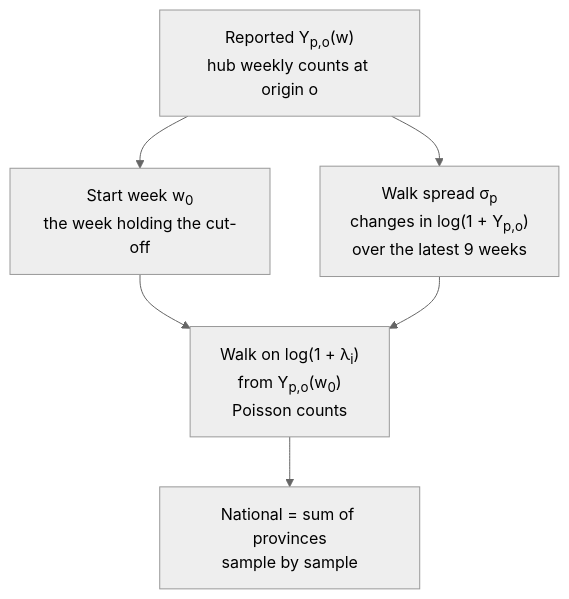
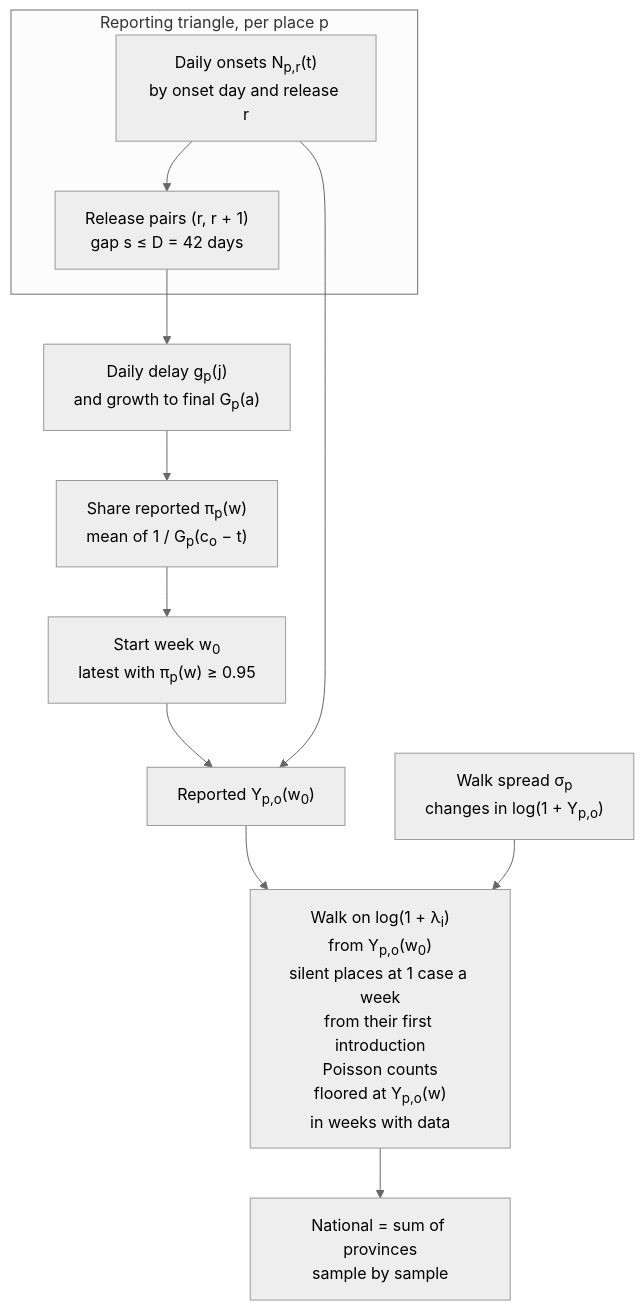
The second of 2 diagrams in docs/methods/baselines.md (seabbs/BDBVHubRenewal), drawn with Mermaid (neutral theme) before and after one commit. The commit also changed other lines of this file and 16 other files, not shown here.

````diff
--- a/docs/methods/baselines.md
+++ b/docs/methods/baselines.md
@@ -48,14 +48,24 @@
 ```mermaid
 flowchart TD
-    Y["Reported Y<sub>p,o</sub>(w)<br/>hub weekly counts at origin o"]
-    W0["Start week w<sub>0</sub><br/>the week holding the cut-off"]
-    SIG["Walk spread σ<sub>p</sub><br/>changes in log(1 + Y<sub>p,o</sub>)<br/>over the latest 9 weeks"]
-    W["Walk on log(1 + λ<sub>i</sub>)<br/>from Y<sub>p,o</sub>(w<sub>0</sub>)<br/>Poisson counts"]
+    subgraph TRI["Reporting triangle, per place p"]
+        SNAP["Daily onsets N<sub>p,r</sub>(t)<br/>by onset day and release r"]
+        PAIR["Release pairs (r, r + 1)<br/>gap s ≤ D = 42 days"]
+    end
+    DEL["Daily delay g<sub>p</sub>(j)<br/>and growth to final G<sub>p</sub>(a)"]
+    PI["Share reported π<sub>p</sub>(w)<br/>mean of 1 / G<sub>p</sub>(c<sub>o</sub> − t)"]
+    W0["Start week w<sub>0</sub><br/>latest with π<sub>p</sub>(w) ≥ 0.95"]
+    Y["Reported Y<sub>p,o</sub>(w<sub>0</sub>)"]
+    SIG["Walk spread σ<sub>p</sub><br/>changes in log(1 + Y<sub>p,o</sub>)"]
+    W["Walk on log(1 + λ<sub>i</sub>)<br/>from Y<sub>p,o</sub>(w<sub>0</sub>)<br/>silent places at 1 case a week<br/>from their first introduction<br/>Poisson counts<br/>floored at Y<sub>p,o</sub>(w)<br/>in weeks with data"]
     NAT["National = sum of provinces<br/>sample by sample"]
 
-    Y --> W0
-    W0 --> W
-    Y --> SIG
+    SNAP --> PAIR
+    PAIR --> DEL
+    DEL --> PI
+    PI --> W0
+    W0 --> Y
+    SNAP --> Y
+    Y --> W
     SIG --> W
     W --> NAT
 ```
````
